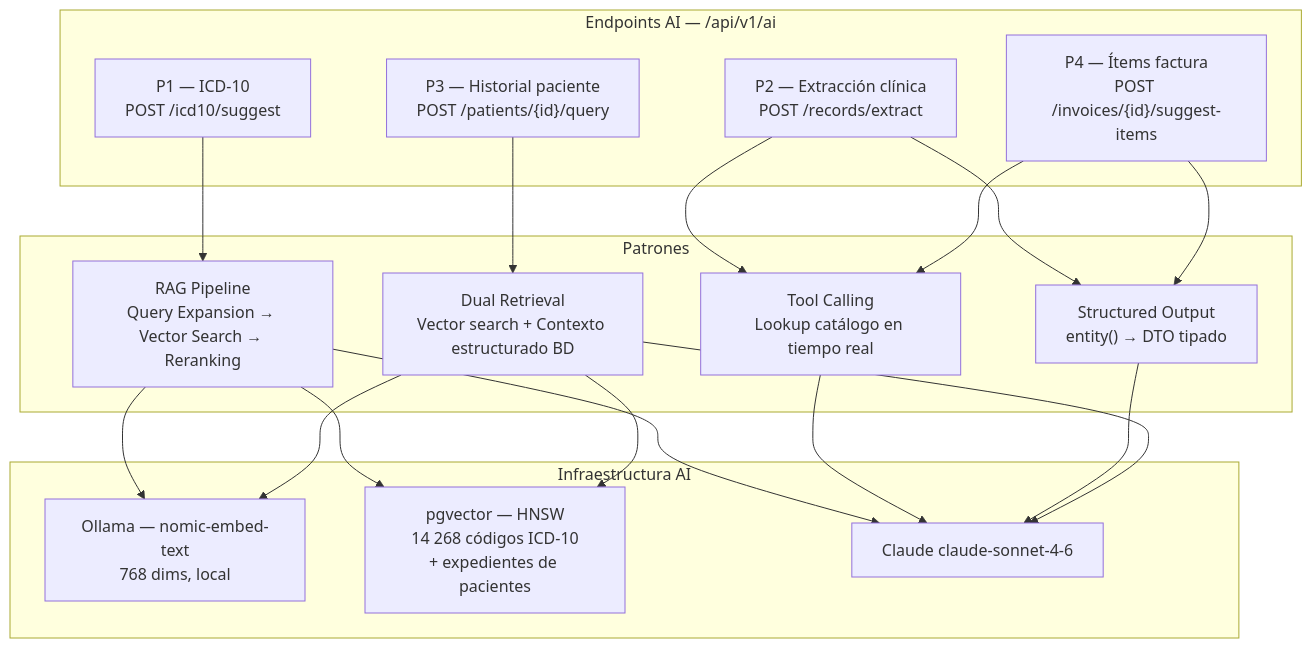
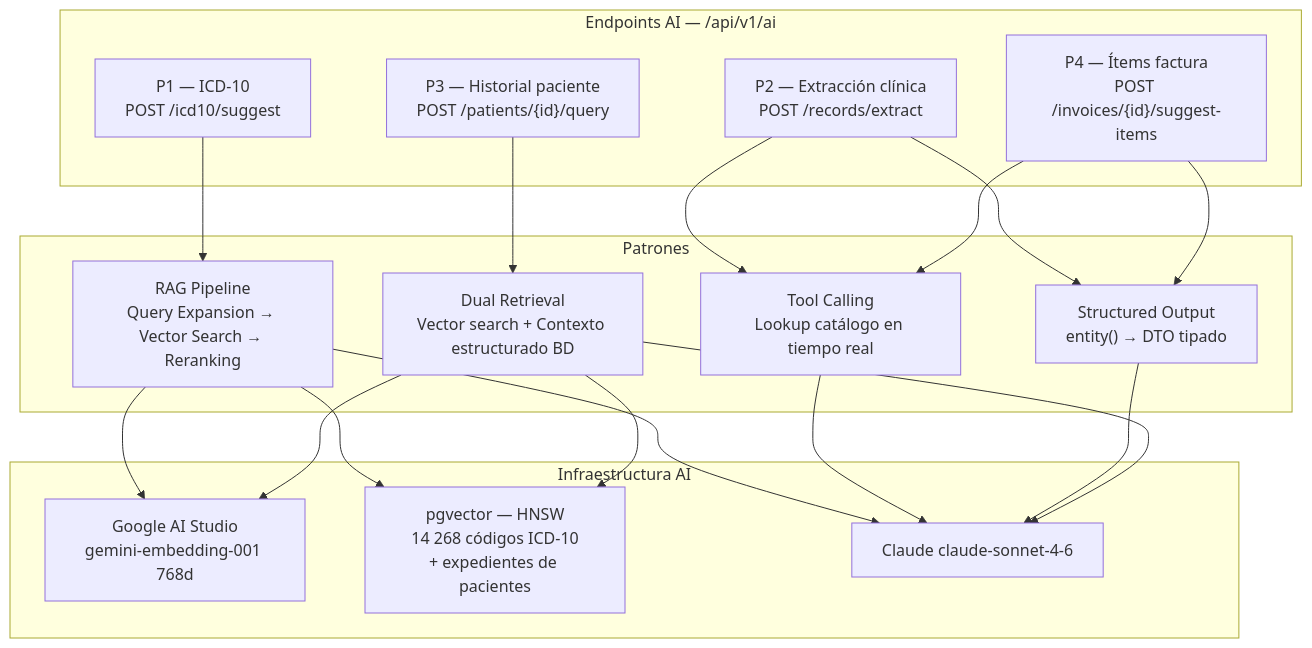
Before and after one commit to FepDev25/sistema-facturacion-medica-springboot-react-postgresql: the fifth of 11 diagrams in README.md, drawn with Mermaid. The commit also changed other lines of this file and 1 other file, not shown here.

Commit message:
ft: modificando readmes con nueva arquitectura con gemini embedding

````diff
--- a/README.md
+++ b/README.md
@@ -125,32 +125,32 @@
 ```mermaid
 graph TB
     subgraph "Endpoints AI — /api/v1/ai"
         P1["P1 — ICD-10<br/>POST /icd10/suggest"]
         P2["P2 — Extracción clínica<br/>POST /records/extract"]
         P3["P3 — Historial paciente<br/>POST /patients/{id}/query"]
         P4["P4 — Ítems factura<br/>POST /invoices/{id}/suggest-items"]
     end
 
     subgraph "Patrones"
         RAG["RAG Pipeline<br/>Query Expansion → Vector Search → Reranking"]
         TC["Tool Calling<br/>Lookup catálogo en tiempo real"]
         SO["Structured Output<br/>entity() → DTO tipado"]
         DUAL["Dual Retrieval<br/>Vector search + Contexto estructurado BD"]
     end
 
     subgraph "Infraestructura AI"
-        EMB["Ollama — nomic-embed-text<br/>768 dims, local"]
+        EMB["Google AI Studio<br/>gemini-embedding-001 768d"]
         VEC["pgvector — HNSW<br/>14 268 códigos ICD-10<br/>+ expedientes de pacientes"]
         LLM["Claude claude-sonnet-4-6"]
     end
 
     P1 --> RAG
     P2 --> TC & SO
     P3 --> DUAL
     P4 --> TC & SO
 
     RAG --> EMB & VEC & LLM
     TC --> LLM
     SO --> LLM
     DUAL --> EMB & VEC & LLM
 ```
````
